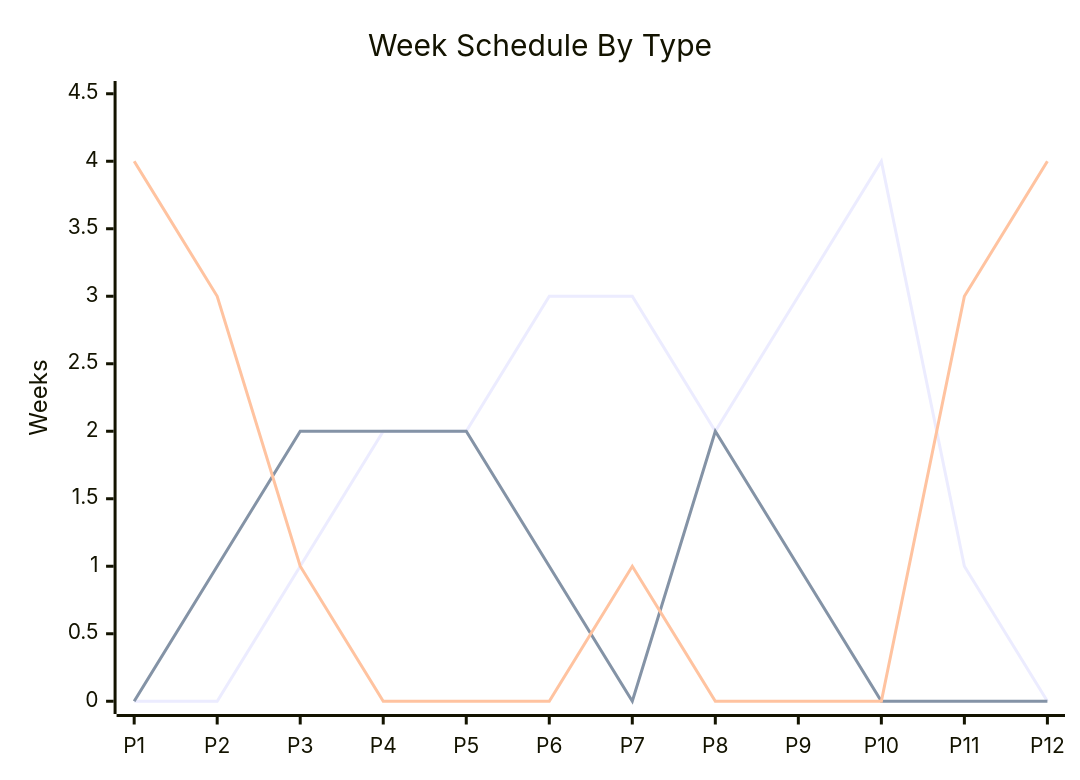
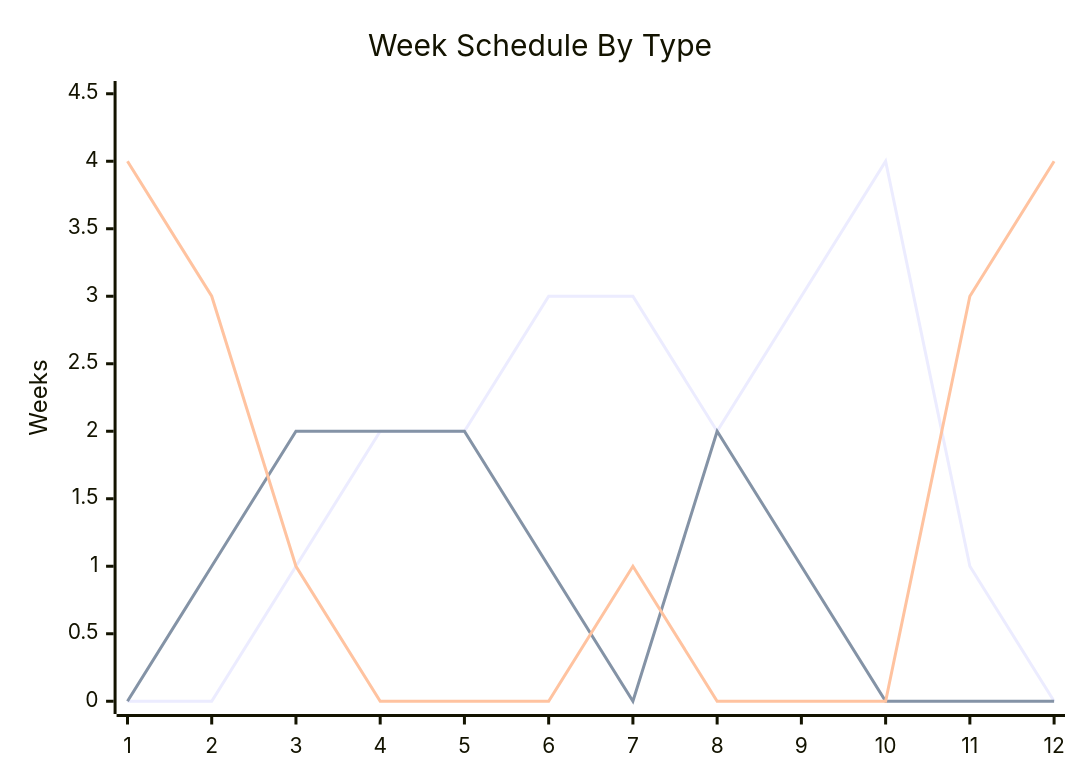
One commit to khalid-talakshi/khalid-talakshi.github.io changed the diagram in src/content/blog/personal-curriculum-2026.md. Above: the diagram before and after it, drawn with Mermaid. The commit also changed 5 other files, not shown here.

````diff
--- a/src/content/blog/personal-curriculum-2026.md
+++ b/src/content/blog/personal-curriculum-2026.md
@@ -39,11 +39,11 @@
 ```mermaid
 xychart-beta
     title "Week Schedule By Type"
-    x-axis [P1, P2, P3, P4, P5, P6, P7, P8, P9, P10, P11, P12]
+    x-axis [1, 2, 3, 4, 5, 6, 7, 8, 9, 10, 11, 12]
     y-axis "Weeks" 0 --> 4.5
     line [0, 0, 1, 2, 2, 3, 3, 2, 3, 4, 1, 0]
     line [0, 1, 2, 2, 2, 1, 0, 2, 1, 0, 0, 0]
     line [4, 3, 1, 0, 0, 0, 1, 0, 0, 0, 3, 4]
 
 
 ```
````
